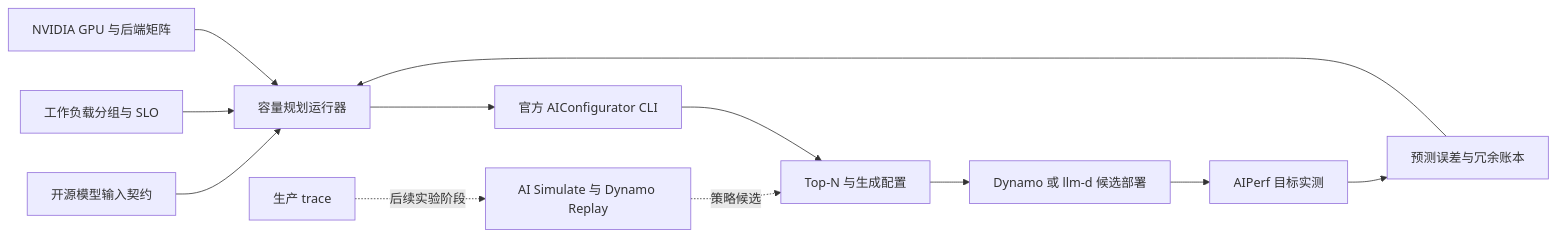
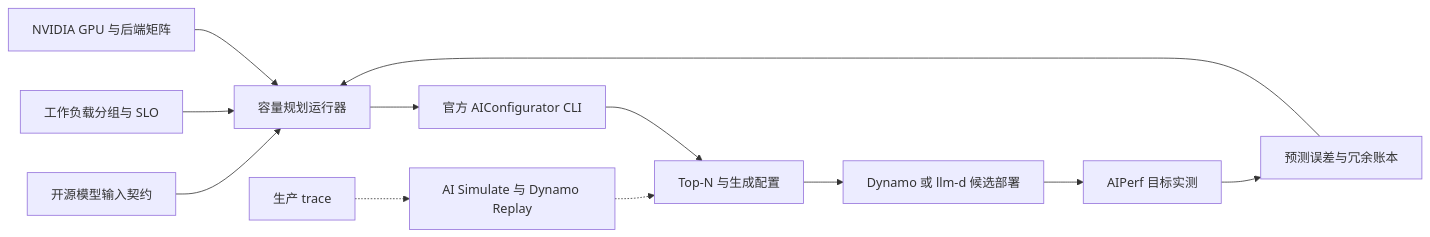
Before and after one commit to david-xinyuwei/david-share: the diagram in Deep-Learning/OSS-Model-Capacity-Planning-on-NVIDIA-GPUs/README-CN.md, drawn with Mermaid. The commit also changed 2 other files, not shown here.

Commit message:
docs: fix Mermaid rendering

````diff
--- a/Deep-Learning/OSS-Model-Capacity-Planning-on-NVIDIA-GPUs/README-CN.md
+++ b/Deep-Learning/OSS-Model-Capacity-Planning-on-NVIDIA-GPUs/README-CN.md
@@ -385,14 +385,14 @@
 ```mermaid
 flowchart LR
     M[开源模型输入契约] --> P[容量规划运行器]
     W[工作负载分组与 SLO] --> P
     H[NVIDIA GPU 与后端矩阵] --> P
     P --> A[官方 AIConfigurator CLI]
     A --> R[Top-N 与生成配置]
     R --> D[Dynamo 或 llm-d 候选部署]
     D --> B[AIPerf 目标实测]
     B --> C[预测误差与冗余账本]
     C --> P
-    T[生产 trace] -. 后续实验阶段 .-> S[AI Simulate 与 Dynamo Replay]
-    S -. 策略候选 .-> R
+    T[生产 trace] -.-> S[AI Simulate 与 Dynamo Replay]
+    S -.-> R
 ```
````
